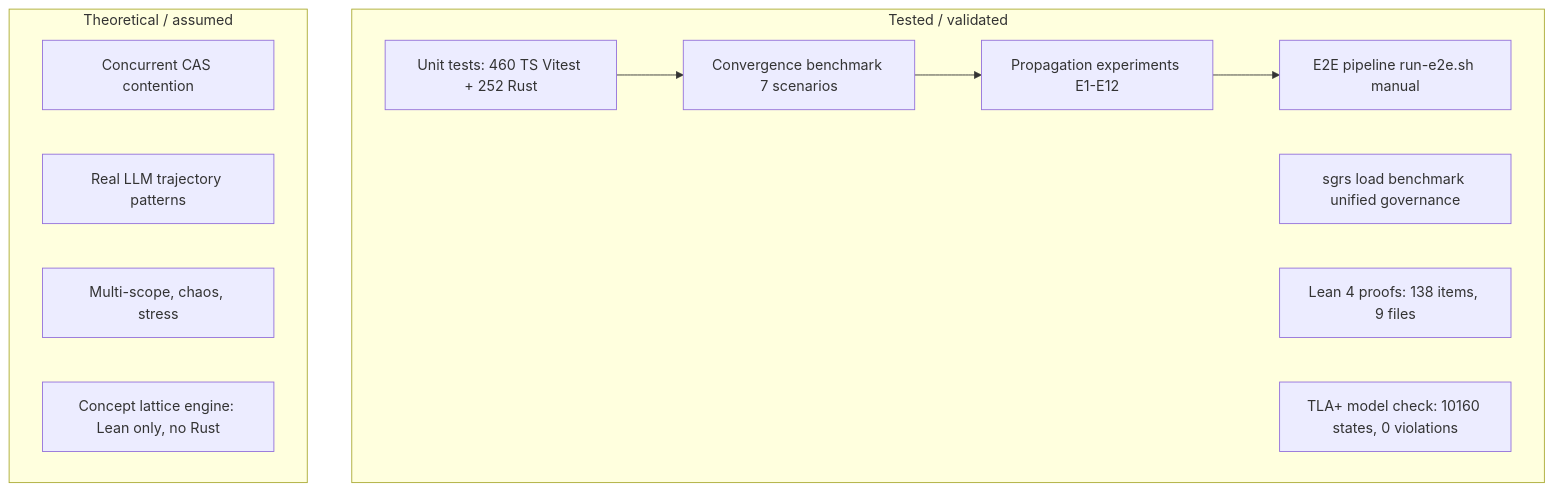
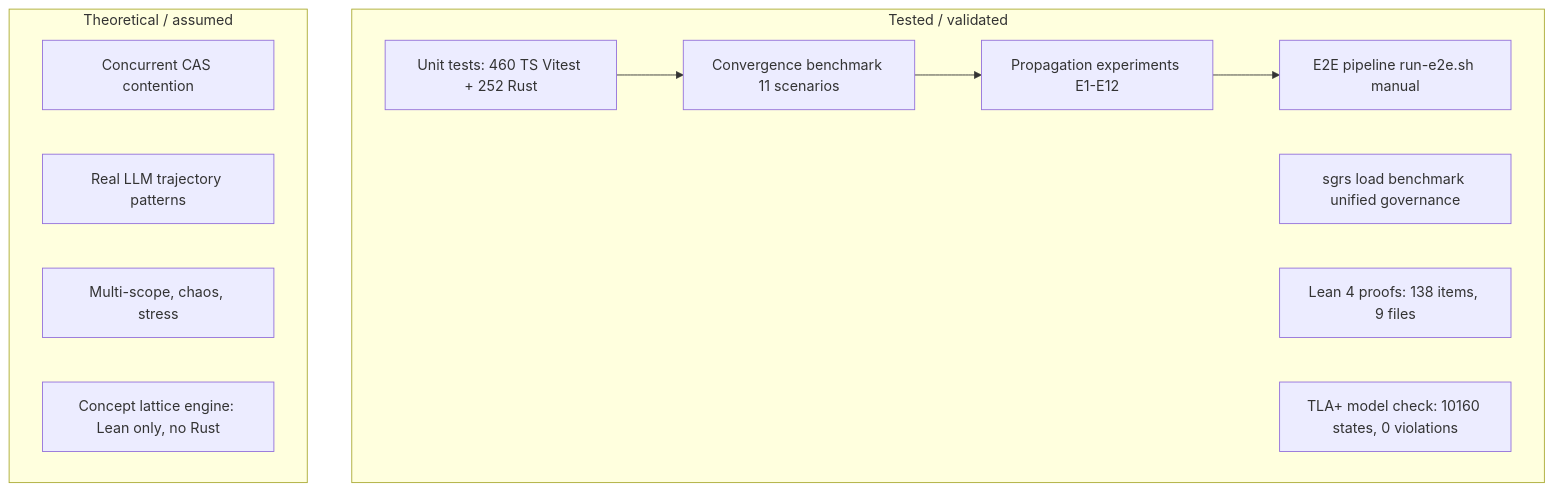
The diagram in docs/validation.md (DealExMachina/open-governed-swarm-of-agents), drawn with Mermaid before and after one commit. The commit also changed other lines of this file and 16 other files, not shown here.

````diff
--- a/docs/validation.md
+++ b/docs/validation.md
@@ -16,21 +16,21 @@
 ```mermaid
 flowchart TB
   subgraph tested["Tested / validated"]
     U[Unit tests: 460 TS Vitest + 252 Rust]
-    BENCH[Convergence benchmark 7 scenarios]
+    BENCH[Convergence benchmark 11 scenarios]
     SGRS[sgrs load benchmark unified governance]
     PROP[Propagation experiments E1-E12]
     LEAN[Lean 4 proofs: 138 items, 9 files]
     TLAP[TLA+ model check: 10160 states, 0 violations]
     E2E[E2E pipeline run-e2e.sh manual]
   end
   subgraph theoretical["Theoretical / assumed"]
     T1[Concurrent CAS contention]
     T2[Real LLM trajectory patterns]
     T3[Multi-scope, chaos, stress]
     T4[Concept lattice engine: Lean only, no Rust]
   end
   U --> BENCH
   BENCH --> PROP
   PROP --> E2E
 ```
````
